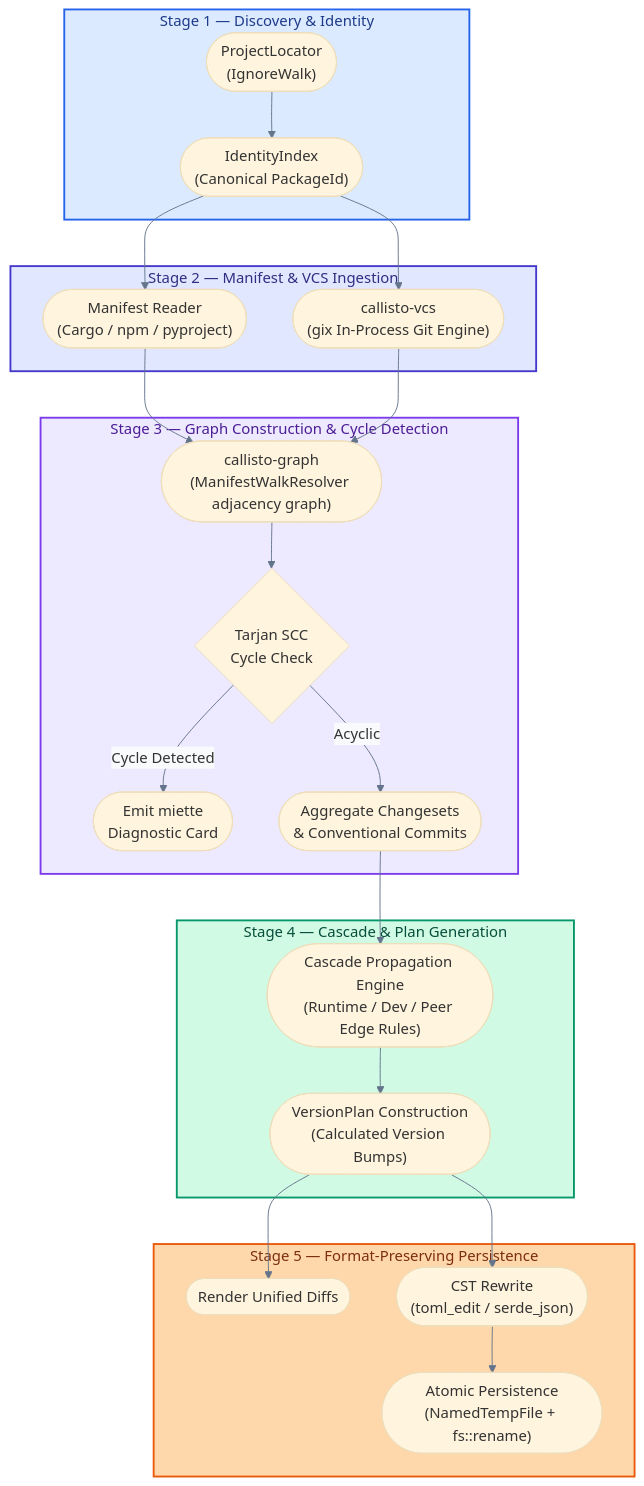
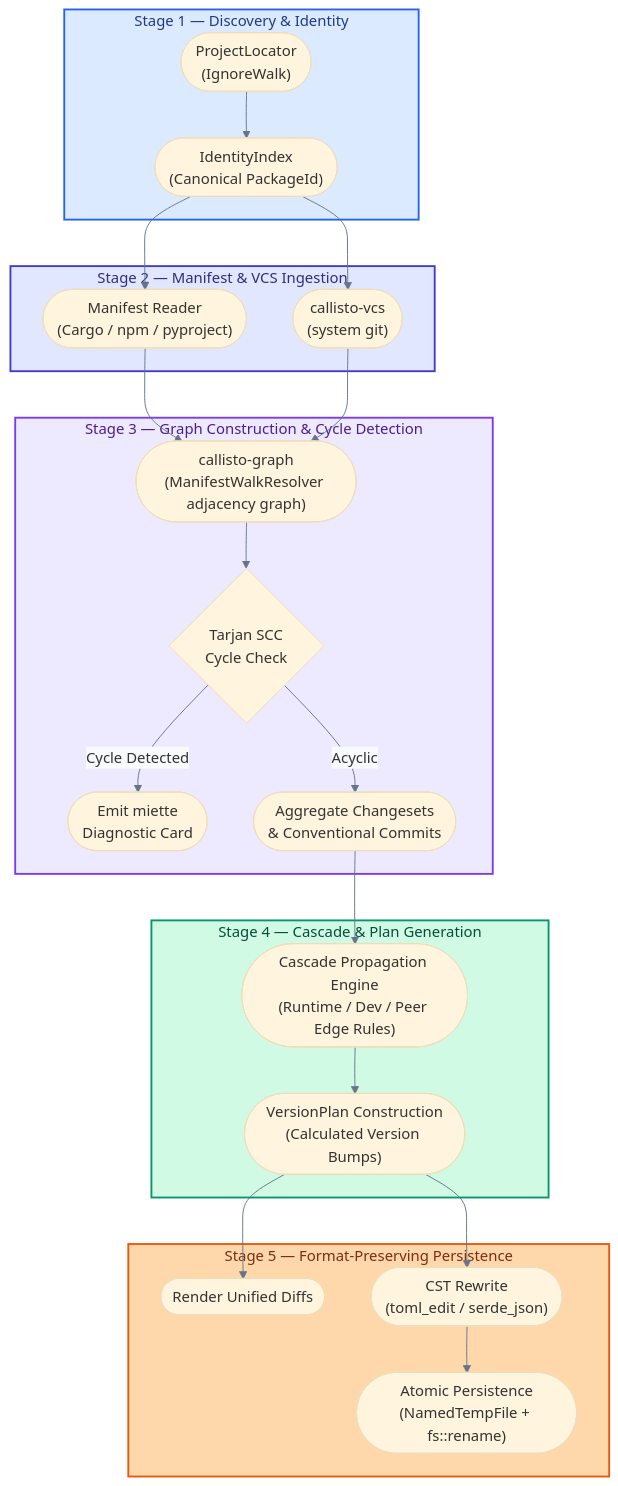
One commit to orin-dx/callisto changed the first of 4 diagrams in ARCHITECTURE.md. Above: the diagram before and after it, drawn with Mermaid. The commit also changed other lines of this file and 35 other files, not shown here.

First line of the commit message:
refactor(vcs)!: drop gix; run all Git through the system binary (#145)

````diff
--- a/ARCHITECTURE.md
+++ b/ARCHITECTURE.md
@@ -29,37 +29,37 @@
 ```mermaid
 %%{init: {'theme': 'base', 'themeVariables': {'lineColor': '#64748b', 'edgeLabelBackground': '#f8fafc', 'fontFamily': 'ui-sans-serif, system-ui, sans-serif'}}}%%
 flowchart TB
     subgraph Stage1 ["Stage 1 — Discovery & Identity"]
         PL(["ProjectLocator<br/>(IgnoreWalk)"]) --> IR(["IdentityIndex<br/>(Canonical PackageId)"])
     end
 
     subgraph Stage2 ["Stage 2 — Manifest & VCS Ingestion"]
         IR --> MR(["Manifest Reader<br/>(Cargo / npm / pyproject)"])
-        IR --> VCS(["callisto-vcs<br/>(gix In-Process Git Engine)"])
+        IR --> VCS(["callisto-vcs<br/>(system git)"])
     end
 
     subgraph Stage3 ["Stage 3 — Graph Construction & Cycle Detection"]
         MR --> DAG(["callisto-graph<br/>(ManifestWalkResolver adjacency graph)"])
         VCS --> DAG
         DAG --> SCC{"Tarjan SCC<br/>Cycle Check"}
         SCC -- "Cycle Detected" --> Err(["Emit miette<br/>Diagnostic Card"])
         SCC -- "Acyclic" --> Agg(["Aggregate Changesets<br/>& Conventional Commits"])
     end
 
     subgraph Stage4 ["Stage 4 — Cascade & Plan Generation"]
         Agg --> Cascade(["Cascade Propagation Engine<br/>(Runtime / Dev / Peer Edge Rules)"])
         Cascade --> Plan(["VersionPlan Construction<br/>(Calculated Version Bumps)"])
     end
 
     subgraph Stage5 ["Stage 5 — Format-Preserving Persistence"]
         Plan --> Diff(["Render Unified Diffs"])
         Plan --> AST(["CST Rewrite<br/>(toml_edit / serde_json)"])
         AST --> Atomic(["Atomic Persistence<br/>(NamedTempFile + fs::rename)"])
     end
 
     style Stage1 fill:#dbeafe,stroke:#2563eb,stroke-width:2px,color:#1e3a8a
     style Stage2 fill:#e0e7ff,stroke:#4338ca,stroke-width:2px,color:#312e81
     style Stage3 fill:#ede9fe,stroke:#7c3aed,stroke-width:2px,color:#4c1d95
     style Stage4 fill:#d1fae5,stroke:#059669,stroke-width:2px,color:#064e3b
     style Stage5 fill:#fed7aa,stroke:#ea580c,stroke-width:2px,color:#7c2d12
 ```
````
